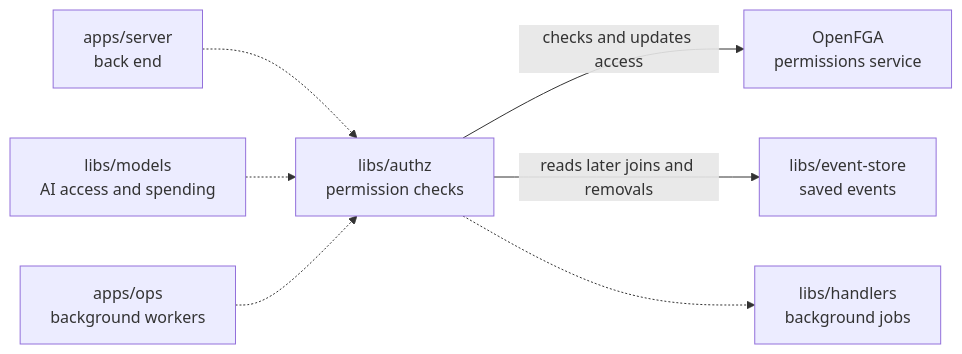
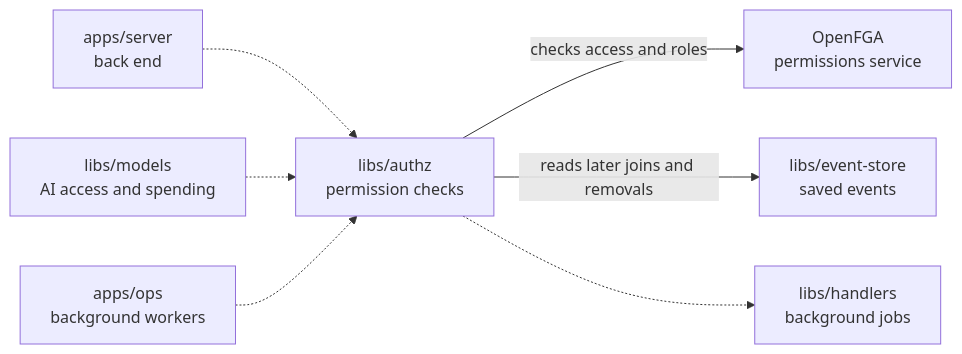
The diagram in libs/authz/README.md (elewa-git/opencrane-new), drawn with Mermaid before and after one commit. The commit also changed other lines of this file and 19 other files, not shown here.

````diff
--- a/libs/authz/README.md
+++ b/libs/authz/README.md
@@ -11,9 +11,9 @@
 ```mermaid
 flowchart LR
   server["apps/server<br/>back end"] -.-> authz["libs/authz<br/>permission checks"]
   models["libs/models<br/>AI access and spending"] -.-> authz
   ops["apps/ops<br/>background workers"] -.-> authz
-  authz -->|checks and updates access| fga["OpenFGA<br/>permissions service"]
+  authz -->|checks access and roles| fga["OpenFGA<br/>permissions service"]
   authz -->|reads later joins and removals| store["libs/event-store<br/>saved events"]
   authz -.-> handlers["libs/handlers<br/>background jobs"]
 ```
````
